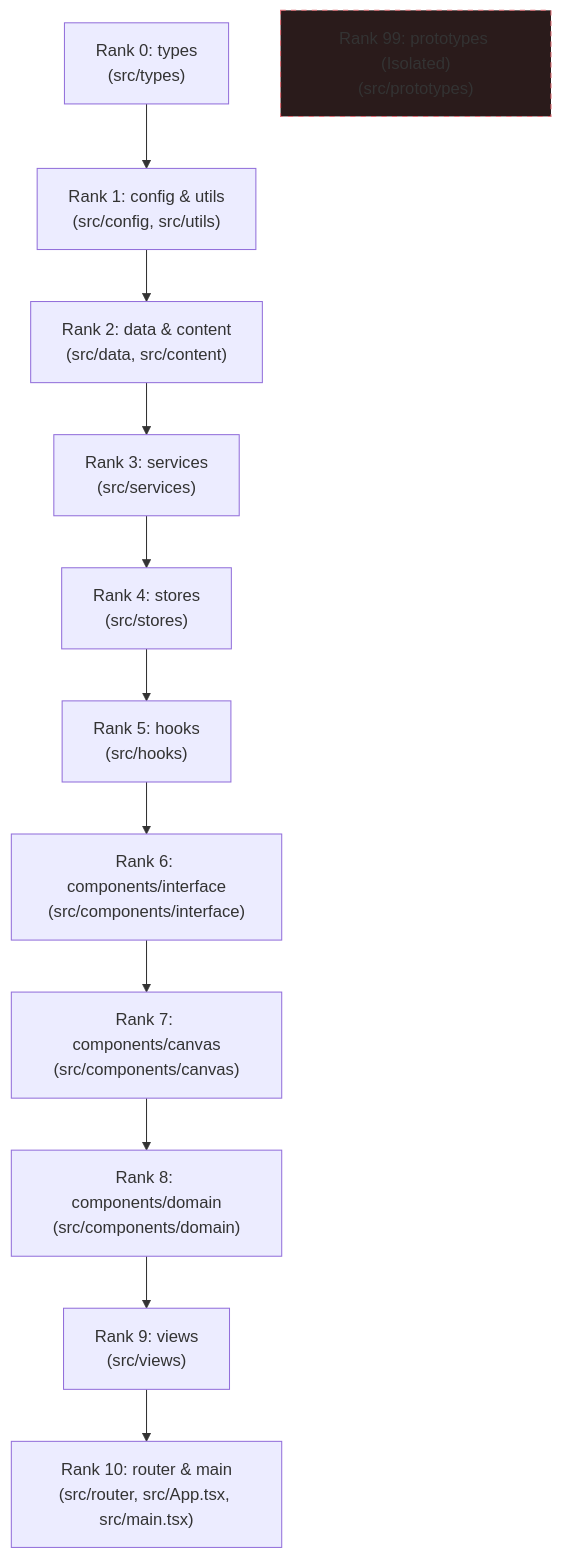
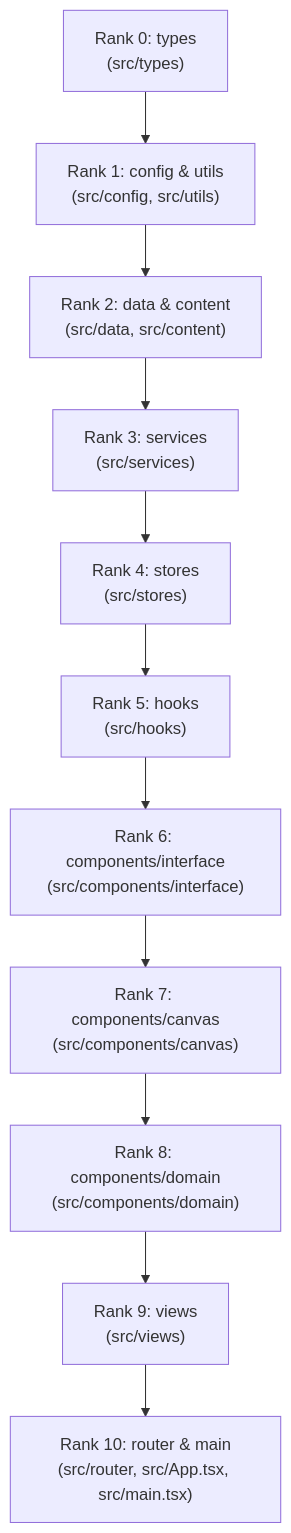
Before and after one commit to marcelkornblum/starmap: the diagram in docs/architecture/layering-and-guardrails.md, drawn with Mermaid. The commit also changed other lines of this file and 112 other files, not shown here.

````diff
--- a/docs/architecture/layering-and-guardrails.md
+++ b/docs/architecture/layering-and-guardrails.md
@@ -13,20 +13,16 @@
 ```mermaid
 flowchart TD
     L0["Rank 0: types\n(src/types)"]
     L1["Rank 1: config & utils\n(src/config, src/utils)"]
     L2["Rank 2: data & content\n(src/data, src/content)"]
     L3["Rank 3: services\n(src/services)"]
     L4["Rank 4: stores\n(src/stores)"]
     L5["Rank 5: hooks\n(src/hooks)"]
     L6["Rank 6: components/interface\n(src/components/interface)"]
     L7["Rank 7: components/canvas\n(src/components/canvas)"]
     L8["Rank 8: components/domain\n(src/components/domain)"]
     L9["Rank 9: views\n(src/views)"]
     L10["Rank 10: router & main\n(src/router, src/App.tsx, src/main.tsx)"]
-    
-    Isolated["Rank 99: prototypes (Isolated)\n(src/prototypes)"]
 
     L0 --> L1 --> L2 --> L3 --> L4 --> L5 --> L6 --> L7 --> L8 --> L9 --> L10
-    
-    style Isolated fill:#2a1b1b,stroke:#e06c75,stroke-dasharray: 5 5
 ```
````
